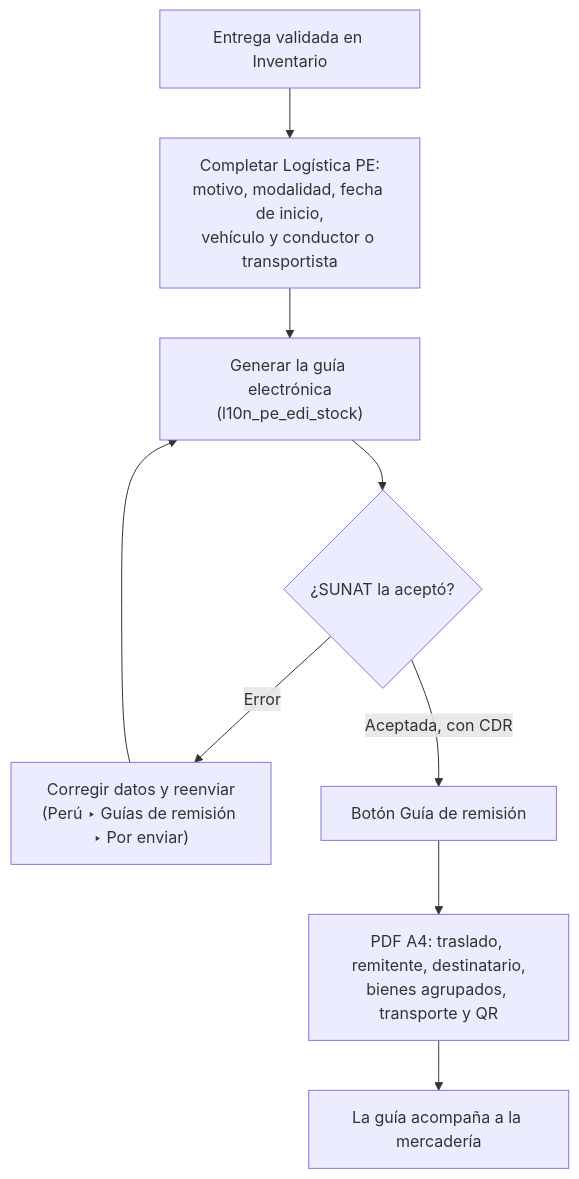
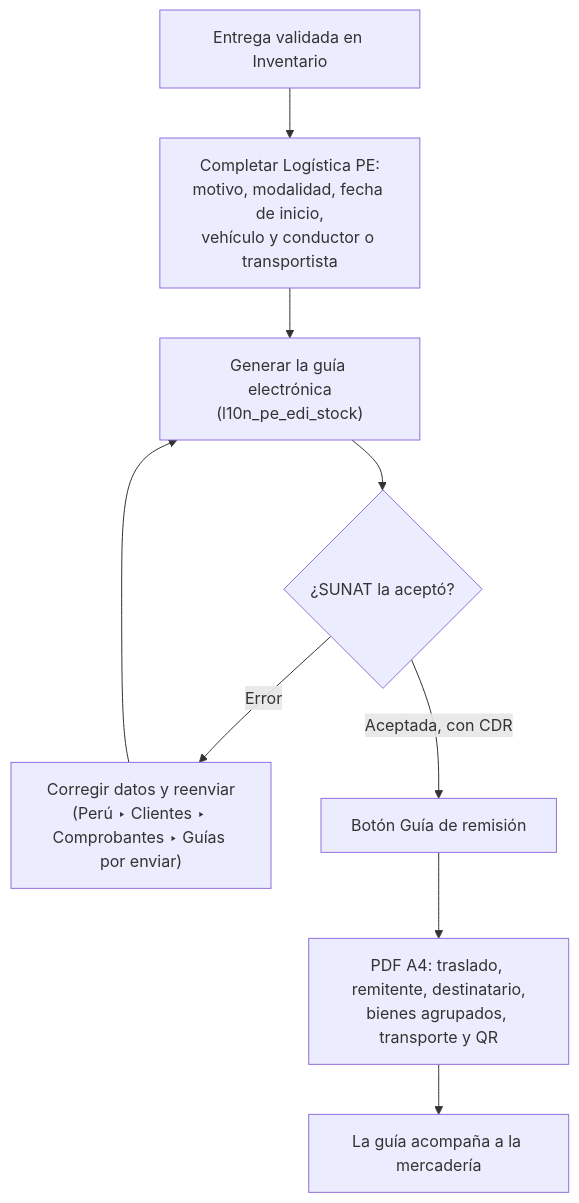
The diagram in mkdocs/content/applications/finance/fiscal_localizations/peru/electronic_invoicing/delivery_guide.md (olanoit/ol_new_apps), drawn with Mermaid before and after one commit. The commit also changed other lines of this file and 251 other files, not shown here.

````diff
--- a/mkdocs/content/applications/finance/fiscal_localizations/peru/electronic_invoicing/delivery_guide.md
+++ b/mkdocs/content/applications/finance/fiscal_localizations/peru/electronic_invoicing/delivery_guide.md
@@ -50,11 +50,11 @@
 ```mermaid
 flowchart TD
     A["Entrega validada en Inventario"] --> B["Completar Logística PE:<br/>motivo, modalidad, fecha de inicio,<br/>vehículo y conductor o transportista"]
     B --> C["Generar la guía electrónica<br/>(l10n_pe_edi_stock)"]
     C --> D{"¿SUNAT la aceptó?"}
-    D -- "Error" --> E["Corregir datos y reenviar<br/>(Perú ‣ Guías de remisión ‣ Por enviar)"]
+    D -- "Error" --> E["Corregir datos y reenviar<br/>(Perú ‣ Clientes ‣ Comprobantes ‣ Guías por enviar)"]
     E --> C
     D -- "Aceptada, con CDR" --> F["Botón Guía de remisión"]
     F --> G["PDF A4: traslado, remitente, destinatario,<br/>bienes agrupados, transporte y QR"]
     G --> H["La guía acompaña a la mercadería"]
 ```
````
